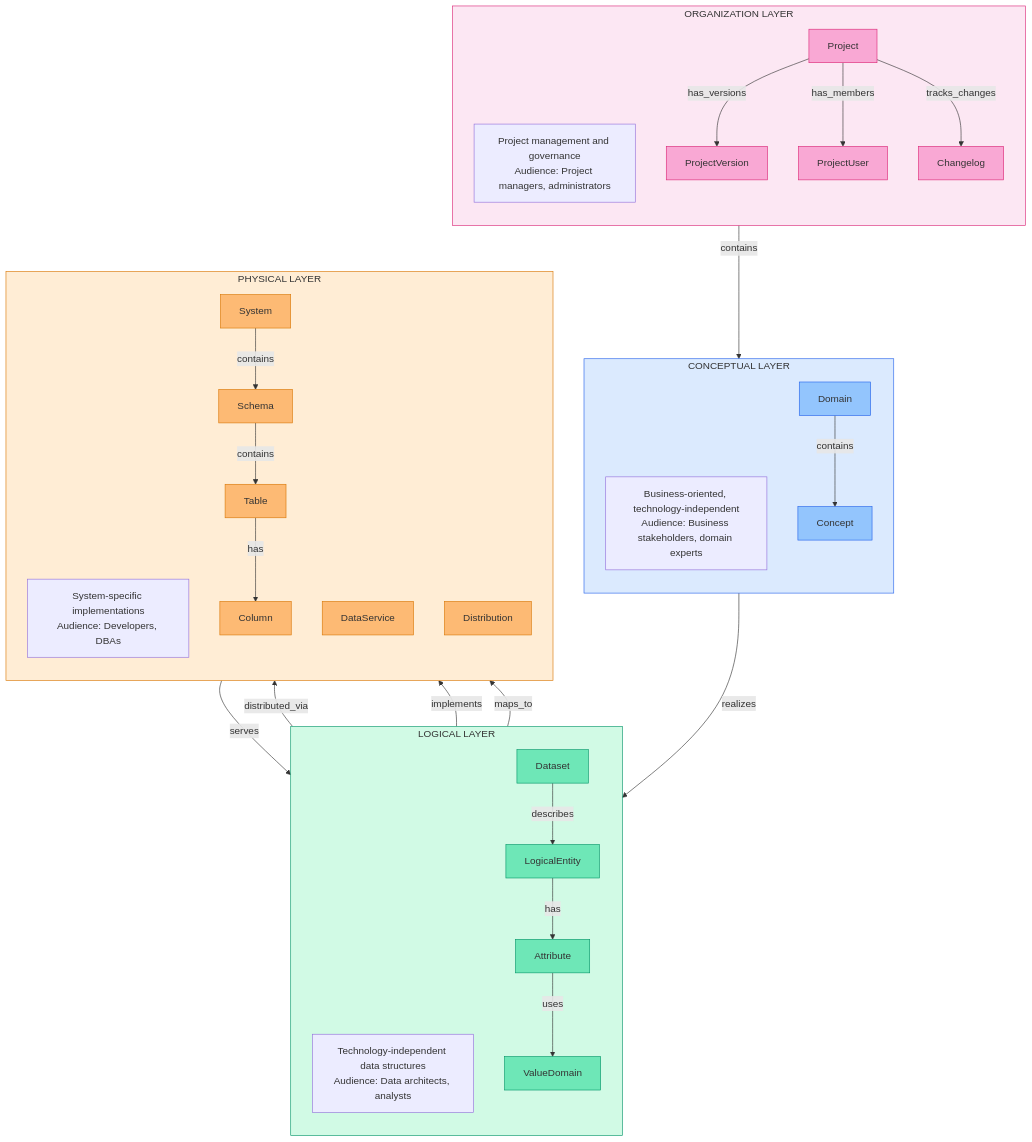
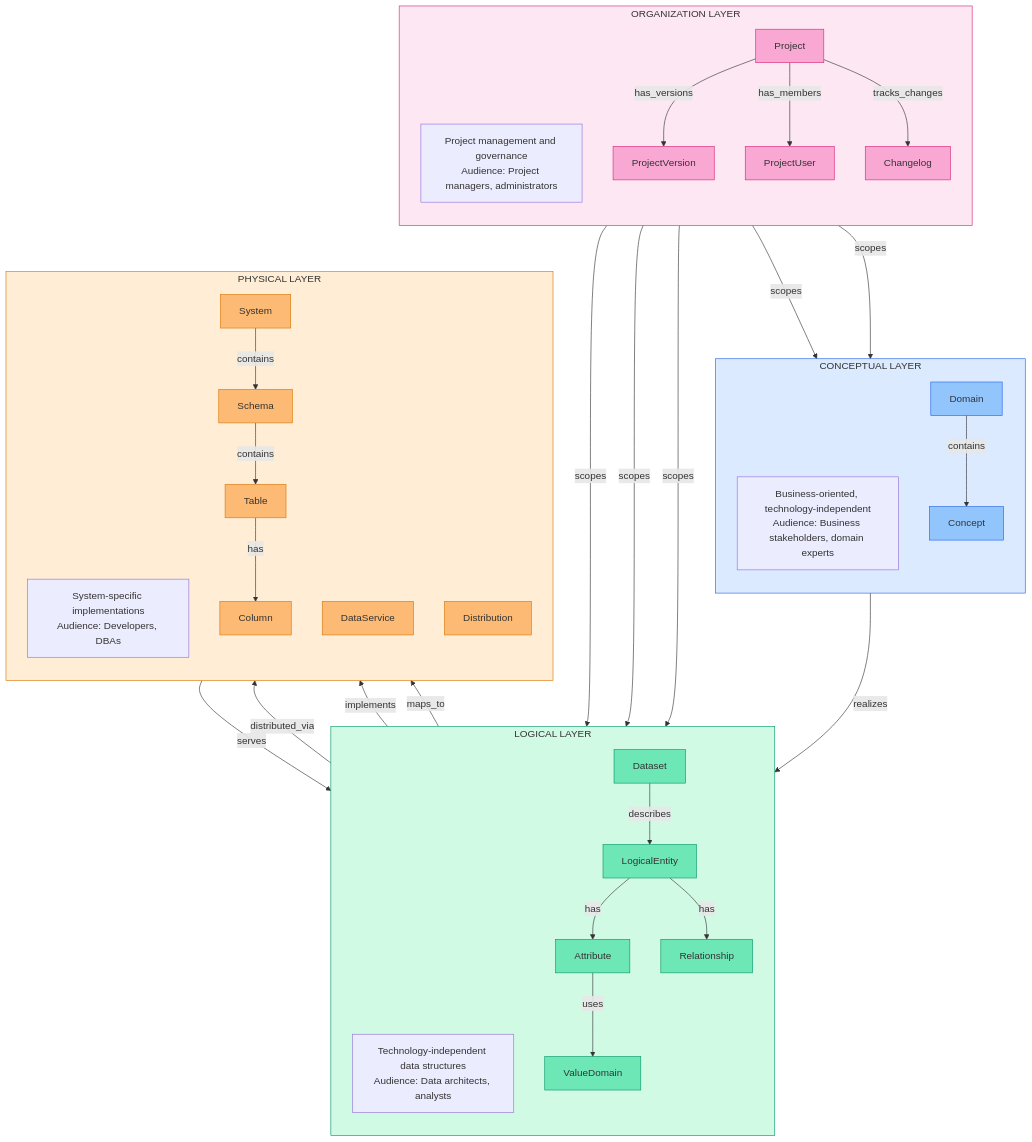
The first of 4 diagrams in documentation/DATABASE.md (davras5/meta-atlas), drawn with Mermaid before and after one commit. The commit also changed other lines of this file, not shown here.

```diff
--- a/documentation/DATABASE.md
+++ b/documentation/DATABASE.md
@@ -147,8 +147,10 @@
         LogicalEntity["LogicalEntity"]
         Attribute["Attribute"]
         ValueDomain["ValueDomain"]
+        Relationship["Relationship"]
         Dataset -->|describes| LogicalEntity
         LogicalEntity -->|has| Attribute
+        LogicalEntity -->|has| Relationship
         Attribute -->|uses| ValueDomain
     end
 
@@ -168,7 +170,11 @@
         Dataset -->|distributed_via| Distribution
     end
 
-    Project -->|contains| Domain
+    Project -->|scopes| Domain
+    Project -->|scopes| Concept
+    Project -->|scopes| LogicalEntity
+    Project -->|scopes| ValueDomain
+    Project -->|scopes| Dataset
     Concept -->|realizes| LogicalEntity
     LogicalEntity -->|implements| Table
     Attribute -->|maps_to| Column
@@ -187,6 +193,7 @@
     style LogicalEntity fill:#6ee7b7,stroke:#059669
     style Attribute fill:#6ee7b7,stroke:#059669
     style ValueDomain fill:#6ee7b7,stroke:#059669
+    style Relationship fill:#6ee7b7,stroke:#059669
     style System fill:#fdba74,stroke:#d97706
     style Schema fill:#fdba74,stroke:#d97706
     style Table fill:#fdba74,stroke:#d97706
```
